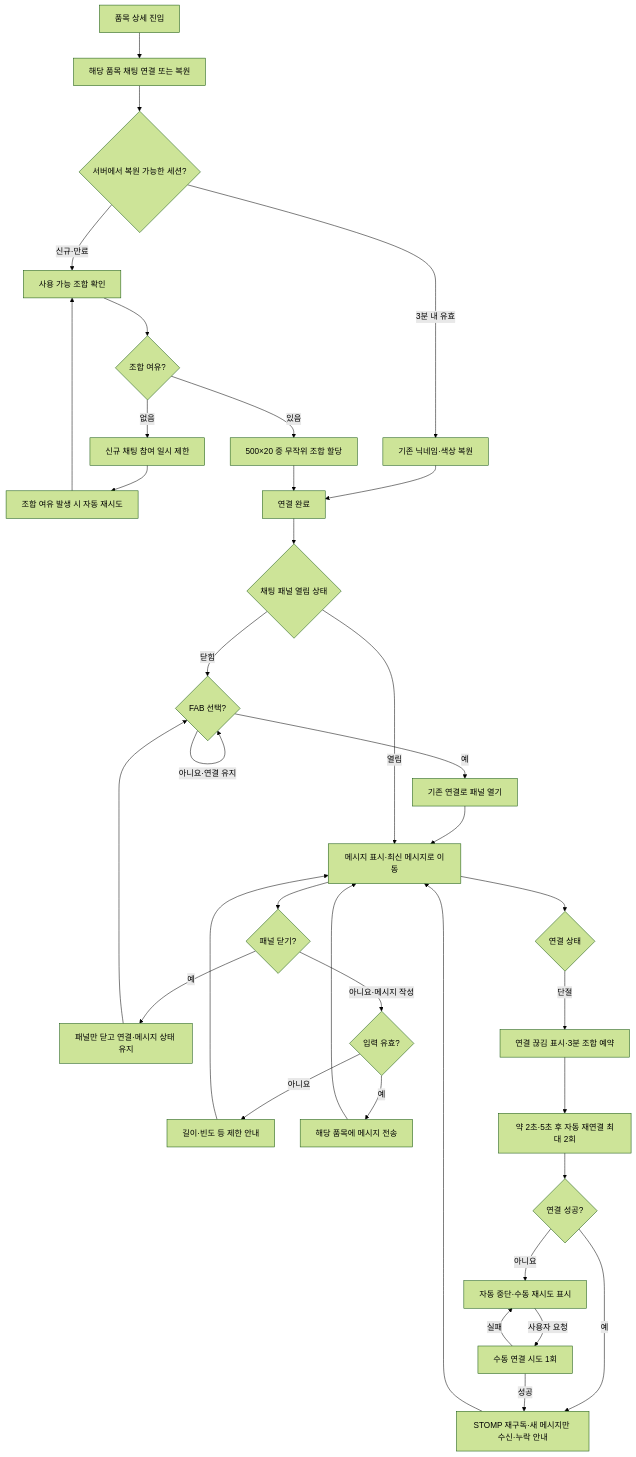
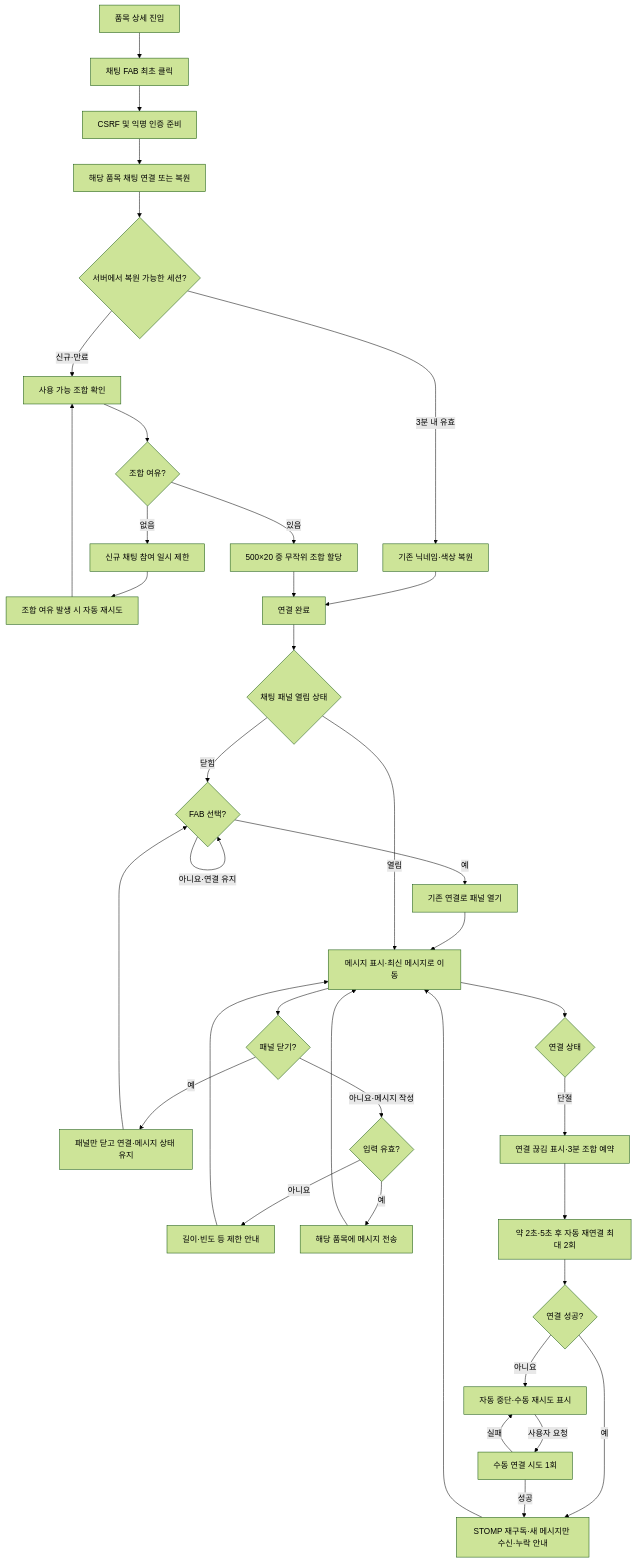
Before and after one commit to today-fish/today-fish-docs: the seventh of 7 diagrams in MVP/product/ux/UX-001-사용자-흐름-및-정보-구조.md, drawn with Mermaid (forest theme). The commit also changed other lines of this file and 14 other files, not shown here.

First line of the commit message:
docs: 익명 인증·채팅 명세 및 ERD 갱신

````diff
--- a/MVP/product/ux/UX-001-사용자-흐름-및-정보-구조.md
+++ b/MVP/product/ux/UX-001-사용자-흐름-및-정보-구조.md
@@ -215,38 +215,40 @@
 ```mermaid
 flowchart TD
-    A["품목 상세 진입"] --> B["해당 품목 채팅 연결 또는 복원"]
+    A["품목 상세 진입"] --> FAB["채팅 FAB 최초 클릭"]
+    FAB --> AUTH["CSRF 및 익명 인증 준비"]
+    AUTH --> B["해당 품목 채팅 연결 또는 복원"]
     B --> C{"서버에서 복원 가능한 세션?"}
     C -->|3분 내 유효| D["기존 닉네임·색상 복원"]
     C -->|신규·만료| E["사용 가능 조합 확인"]
     E --> F{"조합 여유?"}
     F -->|있음| G["500×20 중 무작위 조합 할당"]
     F -->|없음| H["신규 채팅 참여 일시 제한"]
     H --> I["조합 여유 발생 시 자동 재시도"]
     I --> E
     D --> J["연결 완료"]
     G --> J
     J --> CHATVIS{"채팅 패널 열림 상태"}
     CHATVIS -->|닫힘| CHATFAB{"FAB 선택?"}
     CHATFAB -->|아니요·연결 유지| CHATFAB
     CHATFAB -->|예| CHATOPEN["기존 연결로 패널 열기"]
     CHATOPEN --> CHATMSG["메시지 표시·최신 메시지로 이동"]
     CHATVIS -->|열림| CHATMSG
     CHATMSG --> CHATCLOSE{"패널 닫기?"}
     CHATCLOSE -->|예| CHATCLOSED["패널만 닫고 연결·메시지 상태 유지"]
     CHATCLOSED --> CHATFAB
     CHATCLOSE -->|아니요·메시지 작성| CHATVALID{"입력 유효?"}
     CHATVALID -->|아니요| CHATLIMIT["길이·빈도 등 제한 안내"]
     CHATLIMIT --> CHATMSG
     CHATVALID -->|예| CHATSEND["해당 품목에 메시지 전송"]
     CHATSEND --> CHATMSG
     CHATMSG --> CHATCONN{"연결 상태"}
     CHATCONN -->|단절| CHATDROP["연결 끊김 표시·3분 조합 예약"]
     CHATDROP --> CHATRETRY["약 2초·5초 후 자동 재연결 최대 2회"]
     CHATRETRY --> CHATRESULT{"연결 성공?"}
     CHATRESULT -->|예| CHATLIVE["STOMP 재구독·새 메시지만 수신·누락 안내"]
     CHATLIVE --> CHATMSG
     CHATRESULT -->|아니요| CHATMANUAL["자동 중단·수동 재시도 표시"]
     CHATMANUAL -->|사용자 요청| CHATONCE["수동 연결 시도 1회"]
     CHATONCE -->|성공| CHATLIVE
     CHATONCE -->|실패| CHATMANUAL
 ```
````
